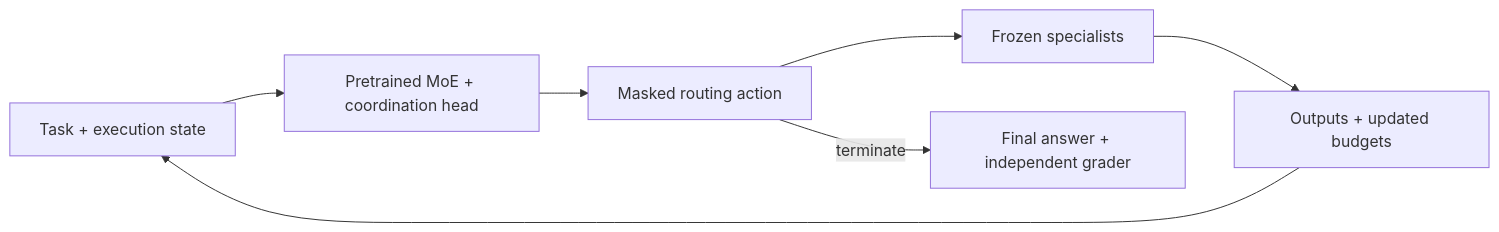
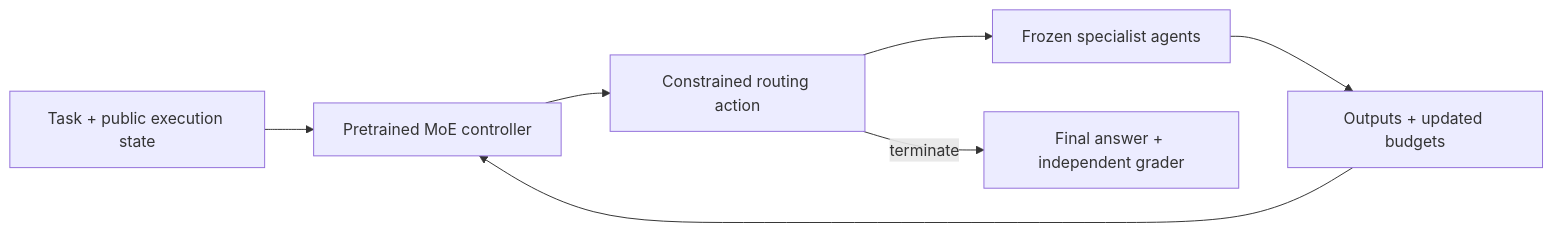
Before and after one commit to darshgarg7/Conductor: the diagram in README.md, drawn with Mermaid. The commit also changed other lines of this file and 73 other files, not shown here.

````diff
--- a/README.md
+++ b/README.md
@@ -37,9 +61,9 @@
 ```mermaid
 flowchart LR
-    T[Task + execution state] --> M[Pretrained MoE + coordination head]
-    M --> R[Masked routing action]
-    R --> A[Frozen specialists]
-    A --> S[Outputs + updated budgets]
-    S --> T
-    R -->|terminate| F[Final answer + independent grader]
+    T[Task + public execution state] --> C[Pretrained MoE controller]
+    C --> R[Constrained routing action]
+    R --> A[Frozen specialist agents]
+    A --> U[Outputs + updated budgets]
+    U --> C
+    R -->|terminate| G[Final answer + independent grader]
 ```
````
